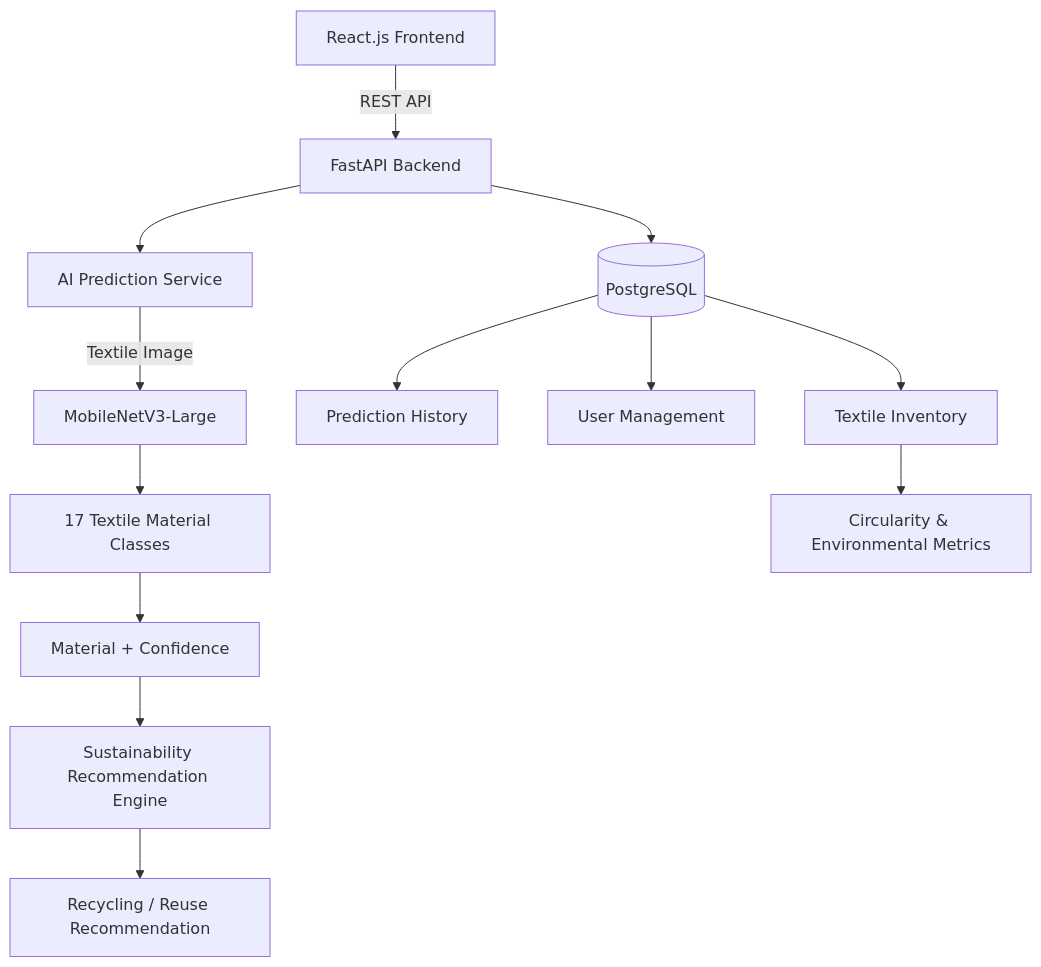
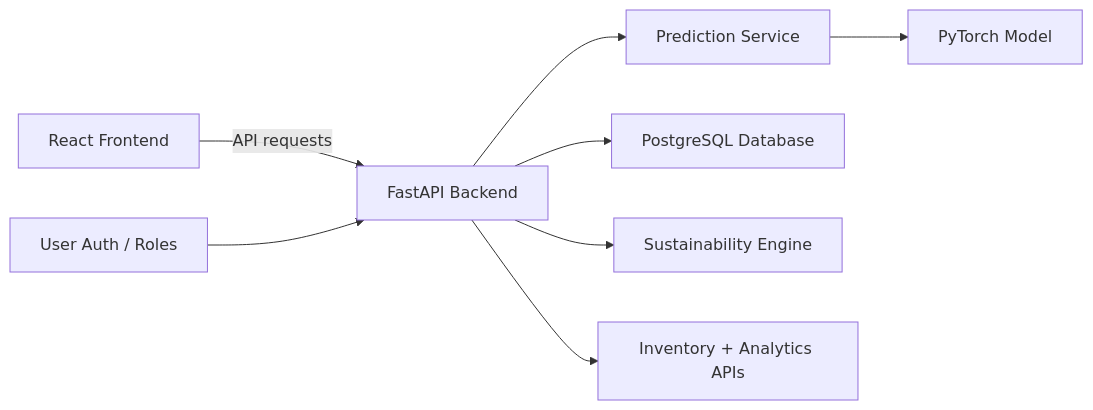
One commit to Sanju30cp/AI-Textile-Waste-Intelligence-Platform changed the diagram in README.md. Above: the diagram before and after it, drawn with Mermaid. The commit also changed other lines of this file and 3 other files, not shown here.

````diff
--- a/README.md
+++ b/README.md
@@ -30,27 +51,10 @@
 ```mermaid
-graph TD
-
-    A[React.js Frontend] -->|REST API| B[FastAPI Backend]
-
-    B --> C[AI Prediction Service]
-
-    C -->|Textile Image| D[MobileNetV3-Large]
-
-    D --> E[17 Textile Material Classes]
-
-    E --> F[Material + Confidence]
-
-    F --> G[Sustainability Recommendation Engine]
-
-    G --> H[Recycling / Reuse Recommendation]
-
-    B --> I[(PostgreSQL)]
-
-    I --> J[Prediction History]
-
-    I --> K[User Management]
-
-    I --> L[Textile Inventory]
-
-    L --> M[Circularity & Environmental Metrics]
+flowchart LR
+    A[React Frontend] -->|API requests| B[FastAPI Backend]
+    B --> C[Prediction Service]
+    C --> D[PyTorch Model]
+    B --> E[PostgreSQL Database]
+    B --> F[Sustainability Engine]
+    B --> G[Inventory + Analytics APIs]
+    H[User Auth / Roles] --> B
 ```
````
